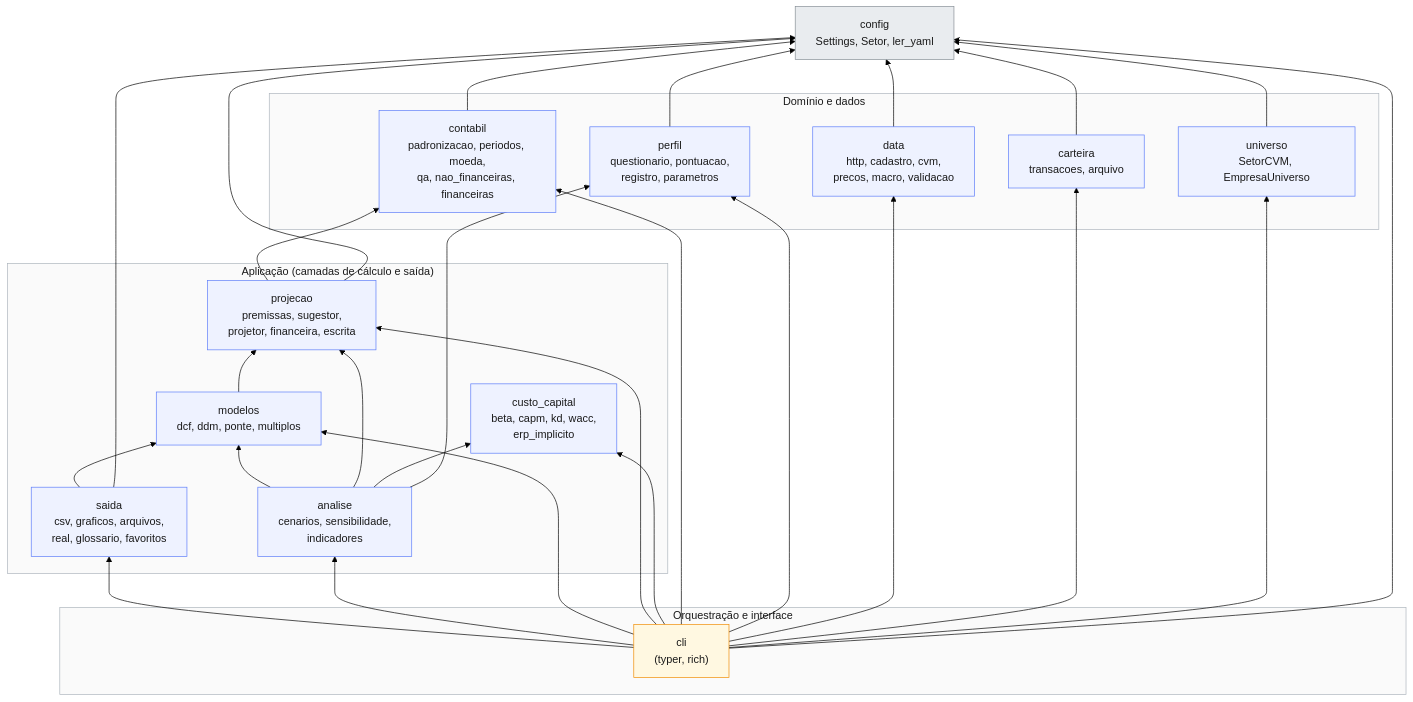
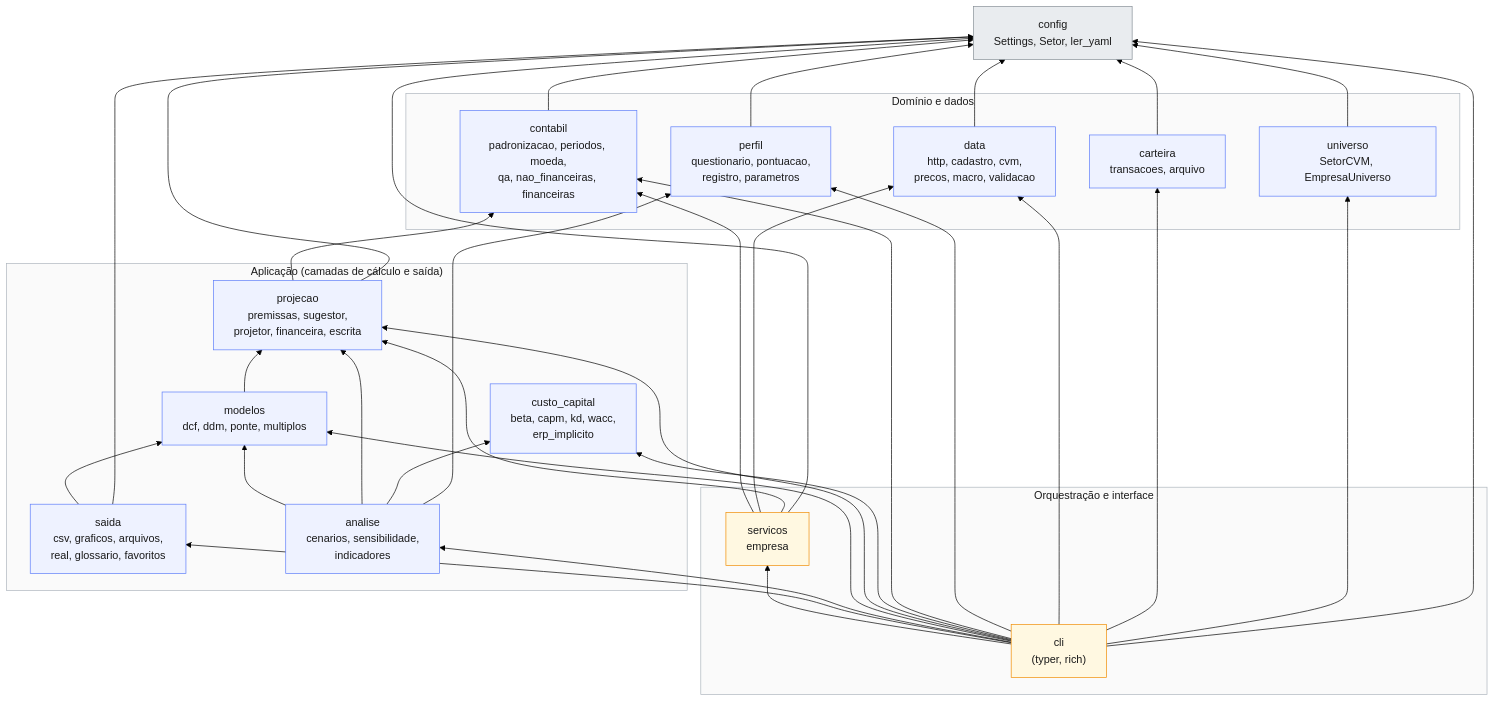
Before and after one commit to luiz2801/lastro: the first of 3 diagrams in docs/diagrama_arquitetura.md, drawn with Mermaid (forest theme). The commit also changed other lines of this file and 7 other files, not shown here.

First line of the commit message:
servicos: extrai cadastro e padronização de cli.py (S1, empresa)

````diff
--- a/docs/diagrama_arquitetura.md
+++ b/docs/diagrama_arquitetura.md
@@ -11,45 +11,48 @@
 ```mermaid
 flowchart BT
     subgraph ORQ["Orquestração e interface"]
         cli["cli<br/>(typer, rich)"]
+        servicos["servicos<br/>empresa"]
     end
 
     subgraph APL["Aplicação (camadas de cálculo e saída)"]
         saida["saida<br/>csv, graficos, arquivos,<br/>real, glossario, favoritos"]
         analise["analise<br/>cenarios, sensibilidade,<br/>indicadores"]
         modelos["modelos<br/>dcf, ddm, ponte, multiplos"]
         projecao["projecao<br/>premissas, sugestor,<br/>projetor, financeira, escrita"]
         custo["custo_capital<br/>beta, capm, kd, wacc,<br/>erp_implicito"]
     end
 
     subgraph DOM["Domínio e dados"]
         contabil["contabil<br/>padronizacao, periodos, moeda,<br/>qa, nao_financeiras, financeiras"]
         perfil["perfil<br/>questionario, pontuacao,<br/>registro, parametros"]
         data["data<br/>http, cadastro, cvm,<br/>precos, macro, validacao"]
         carteira["carteira<br/>transacoes, arquivo"]
         universo["universo<br/>SetorCVM, EmpresaUniverso"]
     end
 
     config["config<br/>Settings, Setor, ler_yaml"]
 
+    cli --> servicos
+    servicos --> contabil & data & projecao & config
     cli --> saida & analise & modelos & projecao & custo & contabil & perfil & data & carteira & universo & config
     analise --> modelos & projecao & custo & perfil
     saida --> modelos & config
     modelos --> projecao
     projecao --> contabil & config
     contabil --> config
     perfil --> config
     data --> config
     carteira --> config
     universo --> config
 
     classDef pacote fill:#eef2ff,stroke:#5c7cfa,color:#1a1a1a
     classDef base fill:#e9ecef,stroke:#868e96,color:#1a1a1a
     classDef topo fill:#fff8e1,stroke:#f08c00,color:#1a1a1a
     class saida,analise,modelos,projecao,custo,contabil,perfil,data,carteira,universo pacote
     class config base
-    class cli topo
+    class cli,servicos topo
     style ORQ fill:#fafafa,stroke:#adb5bd,color:#1a1a1a
     style APL fill:#fafafa,stroke:#adb5bd,color:#1a1a1a
     style DOM fill:#fafafa,stroke:#adb5bd,color:#1a1a1a
 ```
````
